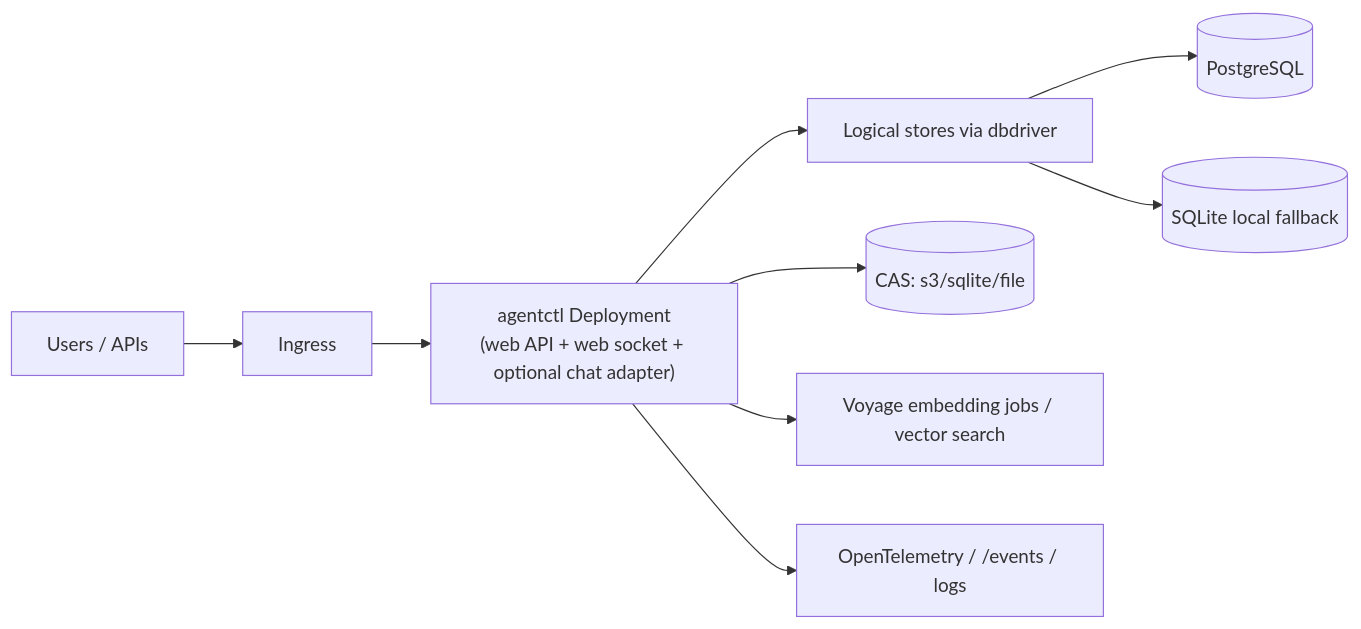
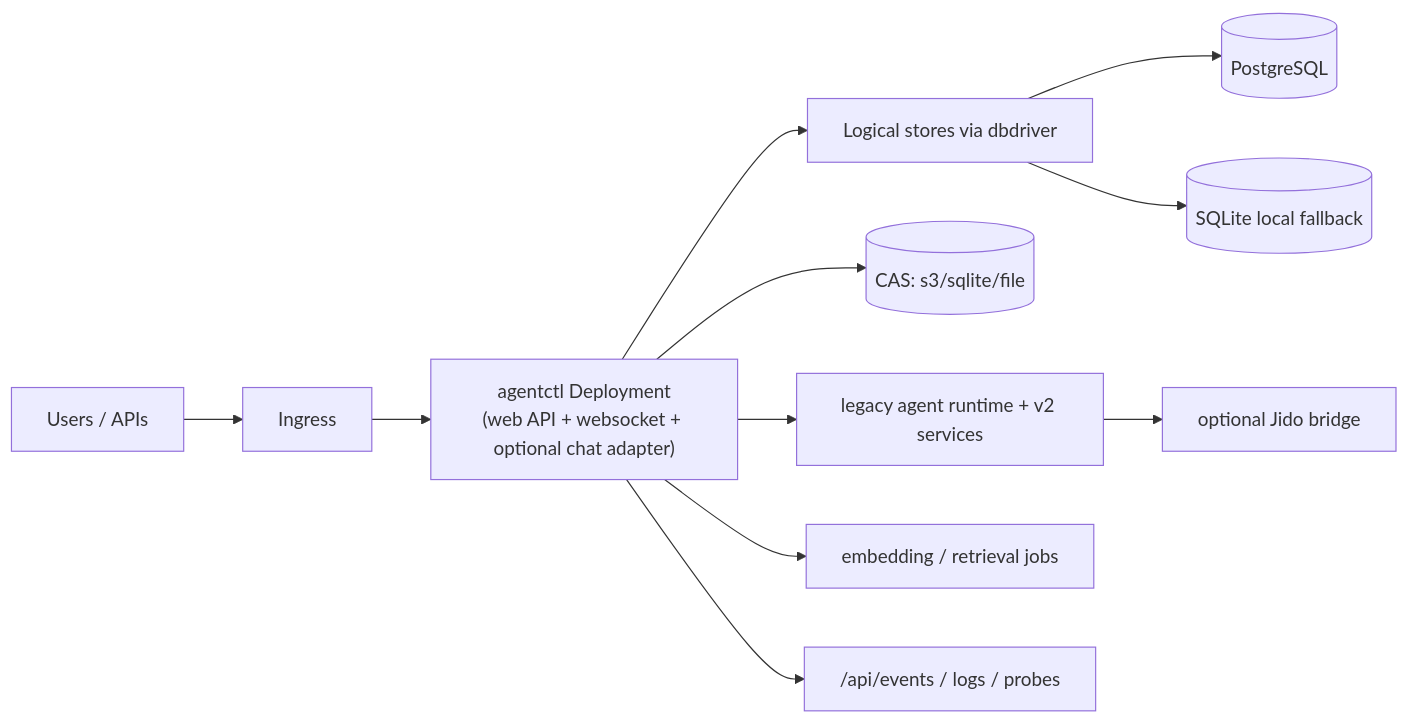
One commit to joshka0/foxctl changed the diagram in docs/architecture/kubernetes-runtime.md. Above: the diagram before and after it, drawn with Mermaid. The commit also changed other lines of this file and 363 other files, not shown here.

````diff
--- a/docs/architecture/kubernetes-runtime.md
+++ b/docs/architecture/kubernetes-runtime.md
@@ -7,11 +8,13 @@
 ```mermaid
 flowchart LR
     Internet[Users / APIs] --> Ingress
-    Ingress --> AgentCtl["agentctl Deployment\n(web API + web socket + optional chat adapter)"]
+    Ingress --> AgentCtl["agentctl Deployment\n(web API + websocket + optional chat adapter)"]
     AgentCtl --> Store[Logical stores via dbdriver]
     Store --> PostgreSQL[(PostgreSQL)] 
     Store --> SQLite[(SQLite local fallback)]
     AgentCtl --> CAS[(CAS: s3/sqlite/file)]
-    AgentCtl --> Embeds["Voyage embedding jobs / vector search"]
-    AgentCtl --> Observability[OpenTelemetry / /events / logs]
+    AgentCtl --> Runtime["legacy agent runtime + v2 services"]
+    Runtime --> Jido["optional Jido bridge"]
+    AgentCtl --> Embeds["embedding / retrieval jobs"]
+    AgentCtl --> Observability["/api/events / logs / probes"]
 ```
````
